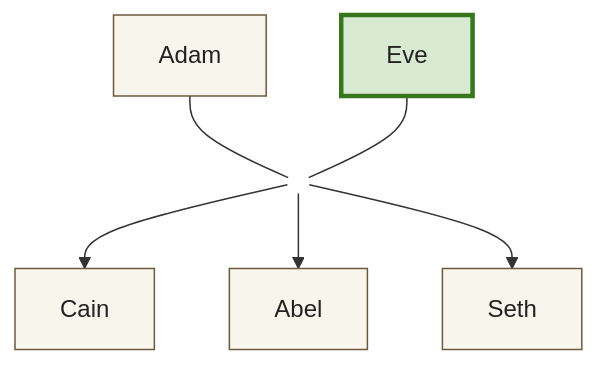
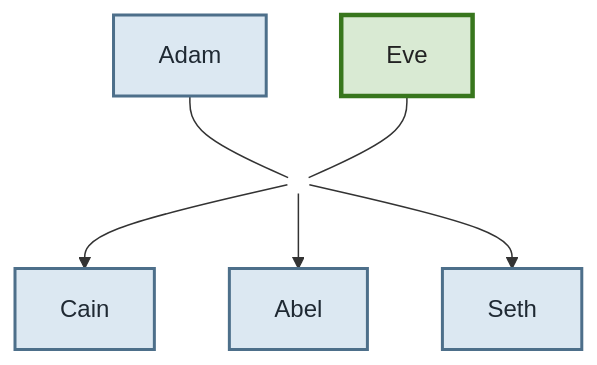
The diagram in docs/Who_is_Who_in_Bible/E/Eve.md (cheneuwo/KJB_JB2), drawn with Mermaid before and after one commit. The commit also changed other lines of this file, not shown here.

Commit message:
hyperlinks

````diff
--- a/docs/Who_is_Who_in_Bible/E/Eve.md
+++ b/docs/Who_is_Who_in_Bible/E/Eve.md
@@ -16,20 +16,27 @@
 ```{mermaid}
 :label: fig:eve-lineage
 :class: centered-mermaid
 
 flowchart TB
   Adam[Adam] --- union1(( ))
   Eve[Eve] --- union1
 
   union1 --> Cain[Cain]
   union1 --> Abel[Abel]
   union1 --> Seth[Seth]
 
-  classDef person fill:#f8f5ed,stroke:#6d5a3d,color:#222;
+  click Adam href "../adam" "about Adam" _self
+  click Cain href "../cain" "about Cain" _self
+  click Abel href "../abel" "about Abel" _self
+  click Seth href "../seth" "about Seth" _self
+
+ 
+  classDef male fill:#DCE8F2,stroke:#4D6F8A,stroke-width:2px,color:#1F2933;
+  classDef female fill:#F2E1DF,stroke:#98615D,stroke-width:2px,color:#1F2933;
   classDef union fill:none,stroke:none;
   classDef focus fill:#d9ead3,stroke:#38761d,stroke-width:3px,color:#222;
 
-  class Adam,Cain,Abel,Seth person;
+  class Adam,Cain,Abel,Seth male;
   class union1 union;
   class Eve focus;
 ```
````
